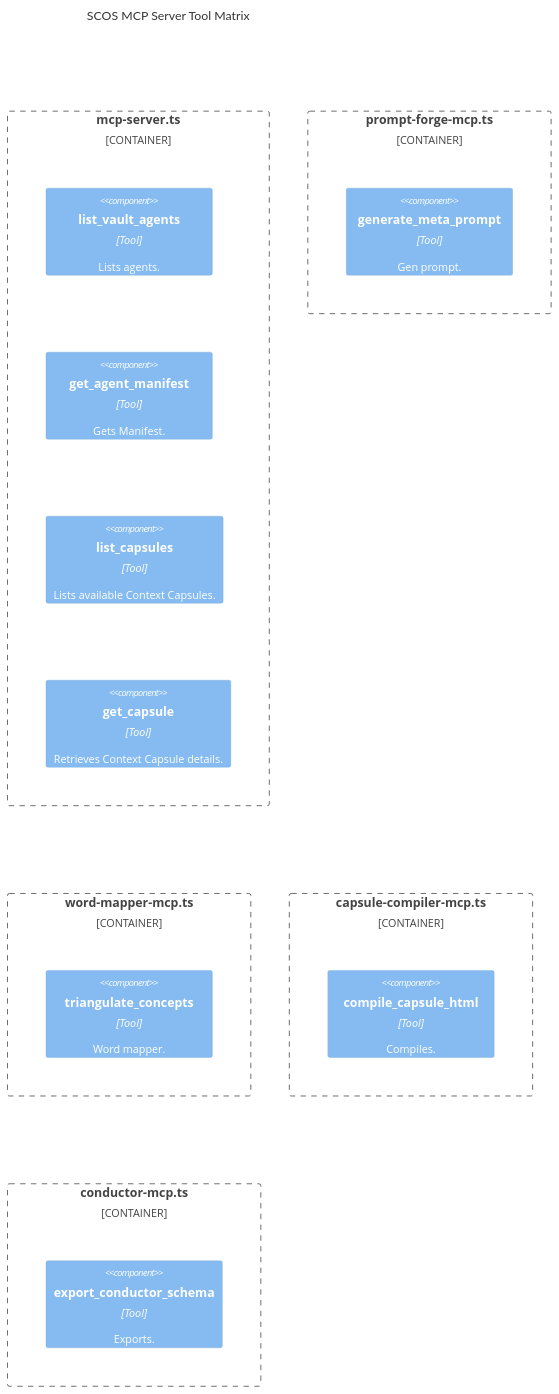
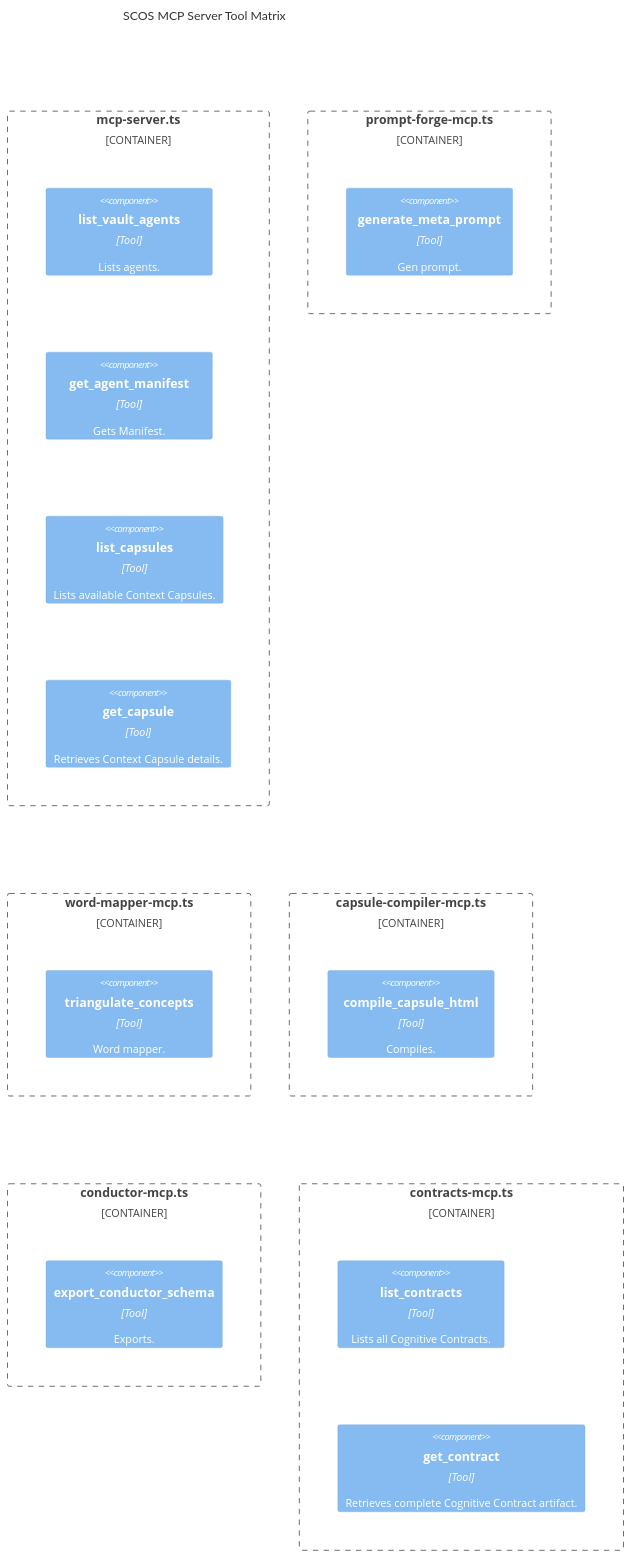
Before and after one commit to projectedanx/scos-web-app: the second of 3 diagrams in docs/MCP_ECOSYSTEM_ATLAS.md, drawn with Mermaid. The commit also changed other lines of this file and 1 other file, not shown here.

Commit message:
docs: Map contracts-mcp.ts to MCP_ECOSYSTEM_ATLAS.md
Add the scos-contracts-mcp system and its container boundary
(list_contracts, get_contract) to the ecosystem diagrams.

````diff
--- a/docs/MCP_ECOSYSTEM_ATLAS.md
+++ b/docs/MCP_ECOSYSTEM_ATLAS.md
@@ -34,22 +35,26 @@
 ```mermaid
 C4Container
   title SCOS MCP Server Tool Matrix
   Container_Boundary(vault_boundary, "mcp-server.ts") {
     Component(list_agents, "list_vault_agents", "Tool", "Lists agents.")
     Component(get_manifest, "get_agent_manifest", "Tool", "Gets Manifest.")
     Component(list_capsules, "list_capsules", "Tool", "Lists available Context Capsules.")
     Component(get_capsule, "get_capsule", "Tool", "Retrieves Context Capsule details.")
   }
   Container_Boundary(forge_boundary, "prompt-forge-mcp.ts") {
     Component(gen_meta_prompt, "generate_meta_prompt", "Tool", "Gen prompt.")
   }
   Container_Boundary(mapper_boundary, "word-mapper-mcp.ts") {
     Component(triangulate, "triangulate_concepts", "Tool", "Word mapper.")
   }
   Container_Boundary(capsule_boundary, "capsule-compiler-mcp.ts") {
     Component(compile_capsule, "compile_capsule_html", "Tool", "Compiles.")
   }
   Container_Boundary(conductor_boundary, "conductor-mcp.ts") {
     Component(export_schema, "export_conductor_schema", "Tool", "Exports.")
   }
+  Container_Boundary(contracts_boundary, "contracts-mcp.ts") {
+    Component(list_contracts, "list_contracts", "Tool", "Lists all Cognitive Contracts.")
+    Component(get_contract, "get_contract", "Tool", "Retrieves complete Cognitive Contract artifact.")
+  }
 ```
````
